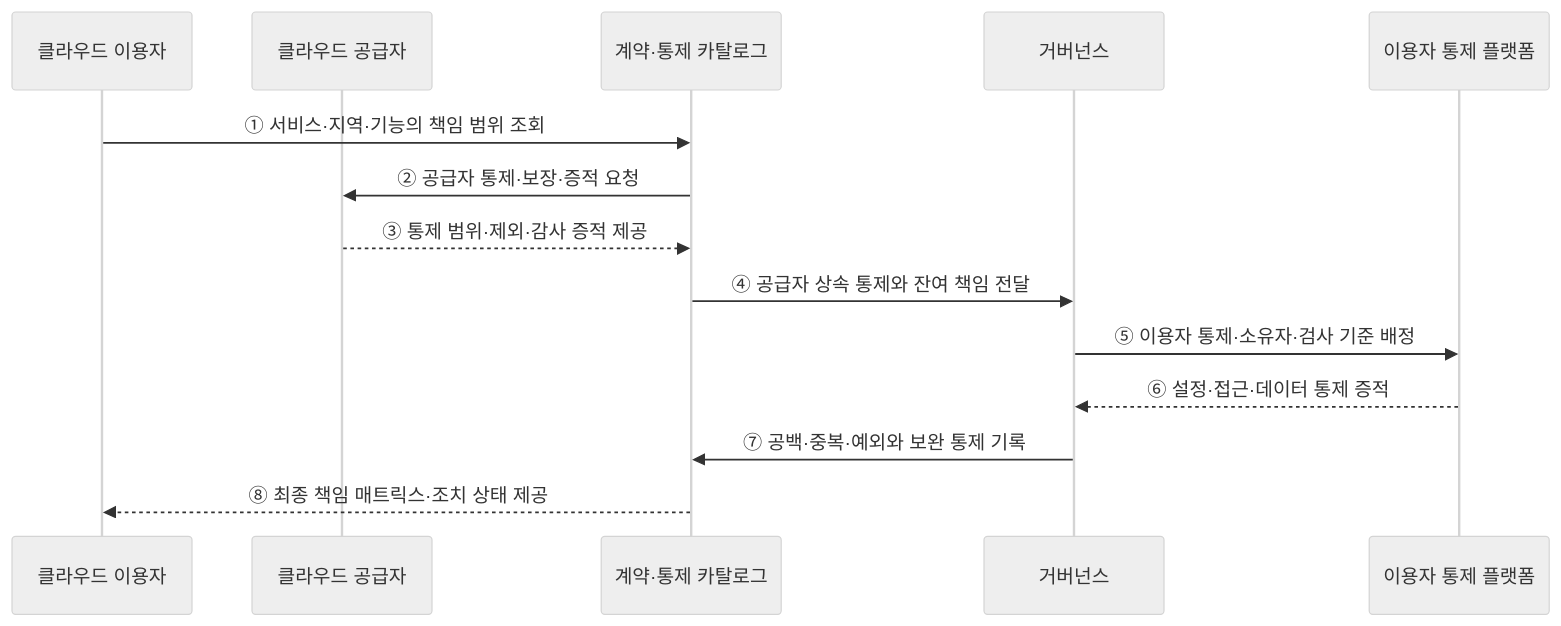
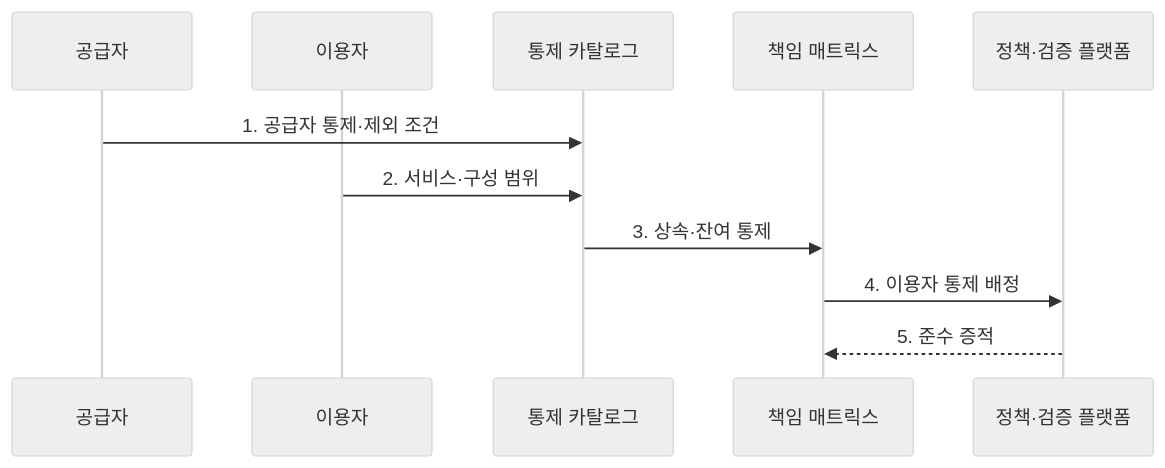
The second of 2 diagrams in src/content/docs/notes/03-software/145_shared_responsibility_model.md (agnusdei1207/knowledge-base), drawn with Mermaid (neutral theme) before and after one commit. The commit also changed other lines of this file and 20 other files, not shown here.

````diff
--- a/src/content/docs/notes/03-software/145_shared_responsibility_model.md
+++ b/src/content/docs/notes/03-software/145_shared_responsibility_model.md
@@ -69,16 +80,13 @@
 ```mermaid
 sequenceDiagram
-    participant C as 클라우드 이용자
-    participant S as 클라우드 공급자
-    participant R as 계약·통제 카탈로그
-    participant G as 거버넌스
-    participant P as 이용자 통제 플랫폼
-    C->>R: ① 서비스·지역·기능의 책임 범위 조회
-    R->>S: ② 공급자 통제·보장·증적 요청
-    S-->>R: ③ 통제 범위·제외·감사 증적 제공
-    R->>G: ④ 공급자 상속 통제와 잔여 책임 전달
-    G->>P: ⑤ 이용자 통제·소유자·검사 기준 배정
-    P-->>G: ⑥ 설정·접근·데이터 통제 증적
-    G->>R: ⑦ 공백·중복·예외와 보완 통제 기록
-    R-->>C: ⑧ 최종 책임 매트릭스·조치 상태 제공
+    participant P as 공급자
+    participant C as 이용자
+    participant K as 통제 카탈로그
+    participant R as 책임 매트릭스
+    participant V as 정책·검증 플랫폼
+    P->>K: 1. 공급자 통제·제외 조건
+    C->>K: 2. 서비스·구성 범위
+    K->>R: 3. 상속·잔여 통제
+    R->>V: 4. 이용자 통제 배정
+    V-->>R: 5. 준수 증적
 ```
````
